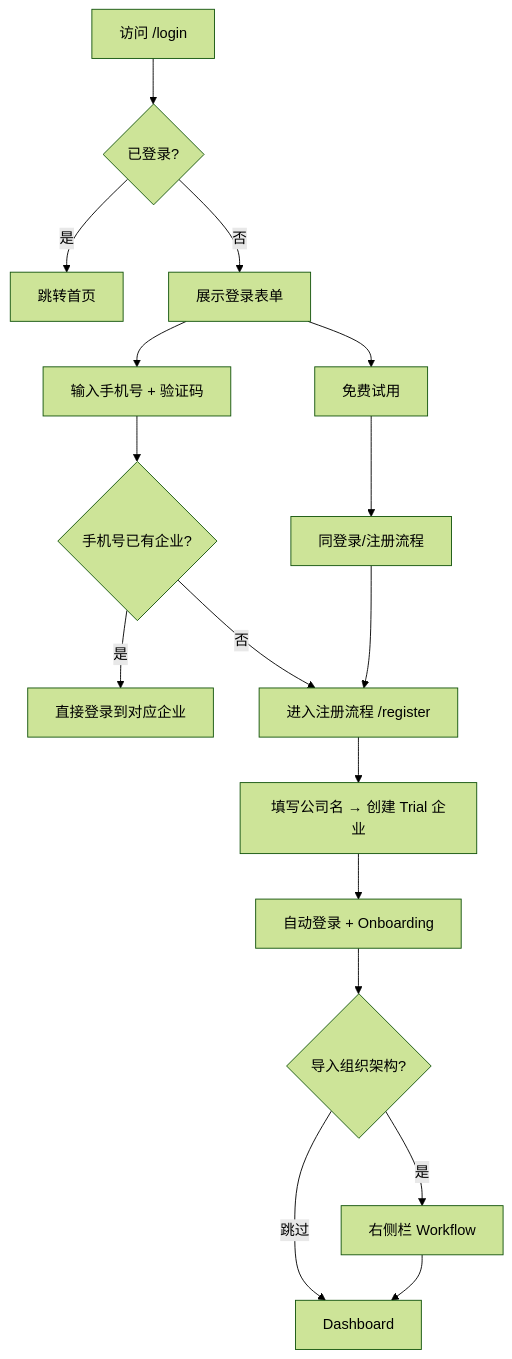
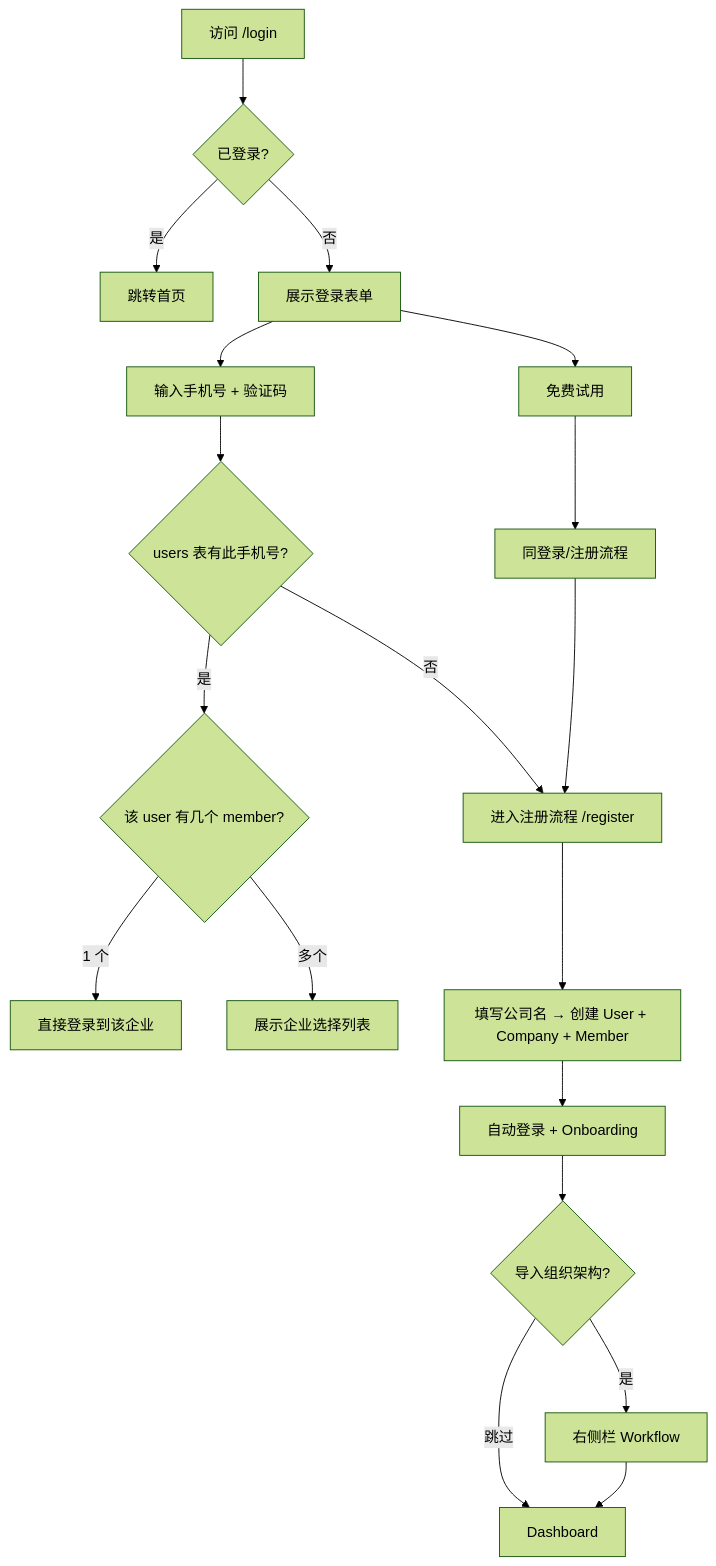
One commit to quyip8818/mytokenjoy changed the first of 6 diagrams in docs/saas/登录注册方案设计.md. Above: the diagram before and after it, drawn with Mermaid (forest theme). The commit also changed other lines of this file and 18 other files, not shown here.

````diff
--- a/docs/saas/登录注册方案设计.md
+++ b/docs/saas/登录注册方案设计.md
@@ -125,22 +130,24 @@
 ```mermaid
 flowchart TD
     A[访问 /login] --> B{已登录?}
     B -->|是| C[跳转首页]
     B -->|否| D[展示登录表单]
 
     D --> E[输入手机号 + 验证码]
-    E --> F{手机号已有企业?}
-    F -->|是| G[直接登录到对应企业]
-    F -->|否| H[进入注册流程 /register]
-    H --> I[填写公司名 → 创建 Trial 企业]
-    I --> J[自动登录 + Onboarding]
+    E --> F{users 表有此手机号?}
+    F -->|是| G{该 user 有几个 member?}
+    G -->|1 个| H[直接登录到该企业]
+    G -->|多个| I[展示企业选择列表]
+    F -->|否| J[进入注册流程 /register]
+    J --> K[填写公司名 → 创建 User + Company + Member]
+    K --> L[自动登录 + Onboarding]
 
-    D --> K[免费试用]
-    K --> L[同登录/注册流程]
-    L --> H
+    D --> M[免费试用]
+    M --> N[同登录/注册流程]
+    N --> J
 
-    J --> Q{导入组织架构?}
+    L --> Q{导入组织架构?}
     Q -->|是| R[右侧栏 Workflow]
     Q -->|跳过| S[Dashboard]
     R --> S
 ```
````
